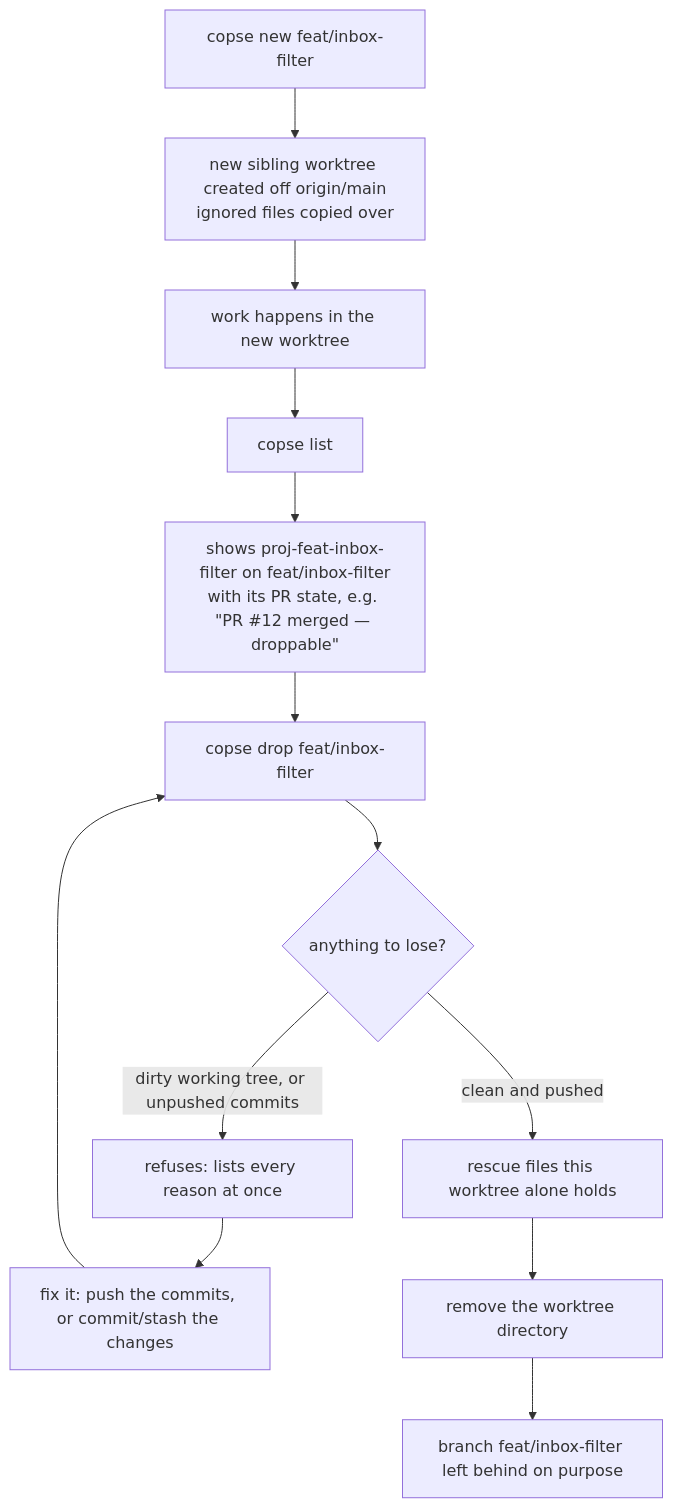
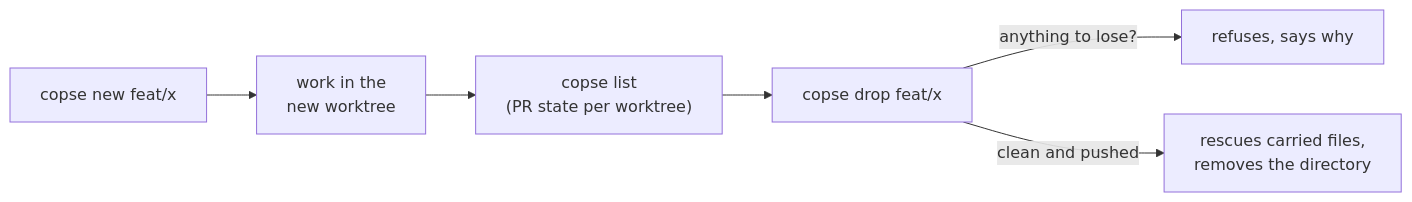
One commit to AaronLPS/copse changed the diagram in README.md. Above: the diagram before and after it, drawn with Mermaid. The commit also changed other lines of this file and 3 other files, not shown here.

````diff
--- a/README.md
+++ b/README.md
@@ -50,15 +24,8 @@
 ```mermaid
-flowchart TD
-    A["copse new feat/inbox-filter"] --> B["new sibling worktree created off origin/main<br/>ignored files copied over"]
-    B --> C["work happens in the new worktree"]
-    C --> D["copse list"]
-    D --> E["shows proj-feat-inbox-filter on feat/inbox-filter<br/>with its PR state, e.g. #quot;PR #12 merged — droppable#quot;"]
-    E --> F["copse drop feat/inbox-filter"]
-    F --> G{"anything to lose?"}
-    G -->|"dirty working tree, or unpushed commits"| H["refuses: lists every reason at once"]
-    H --> I["fix it: push the commits, or commit/stash the changes"]
-    I --> F
-    G -->|"clean and pushed"| J["rescue files this worktree alone holds"]
-    J --> K["remove the worktree directory"]
-    K --> L["branch feat/inbox-filter left behind on purpose"]
+flowchart LR
+    A["copse new feat/x"] --> B["work in the<br/>new worktree"]
+    B --> C["copse list<br/>(PR state per worktree)"]
+    C --> D["copse drop feat/x"]
+    D -->|"anything to lose?"| E["refuses, says why"]
+    D -->|"clean and pushed"| F["rescues carried files,<br/>removes the directory"]
 ```
````
